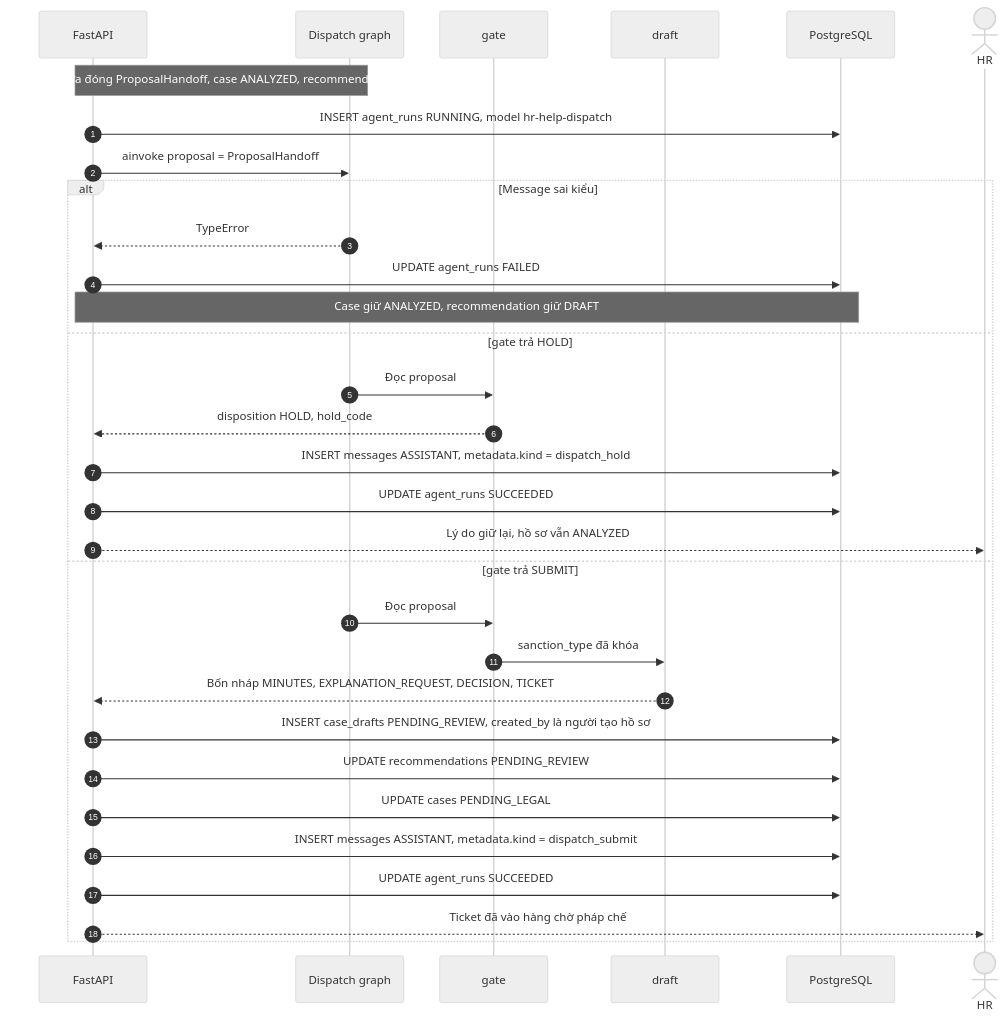
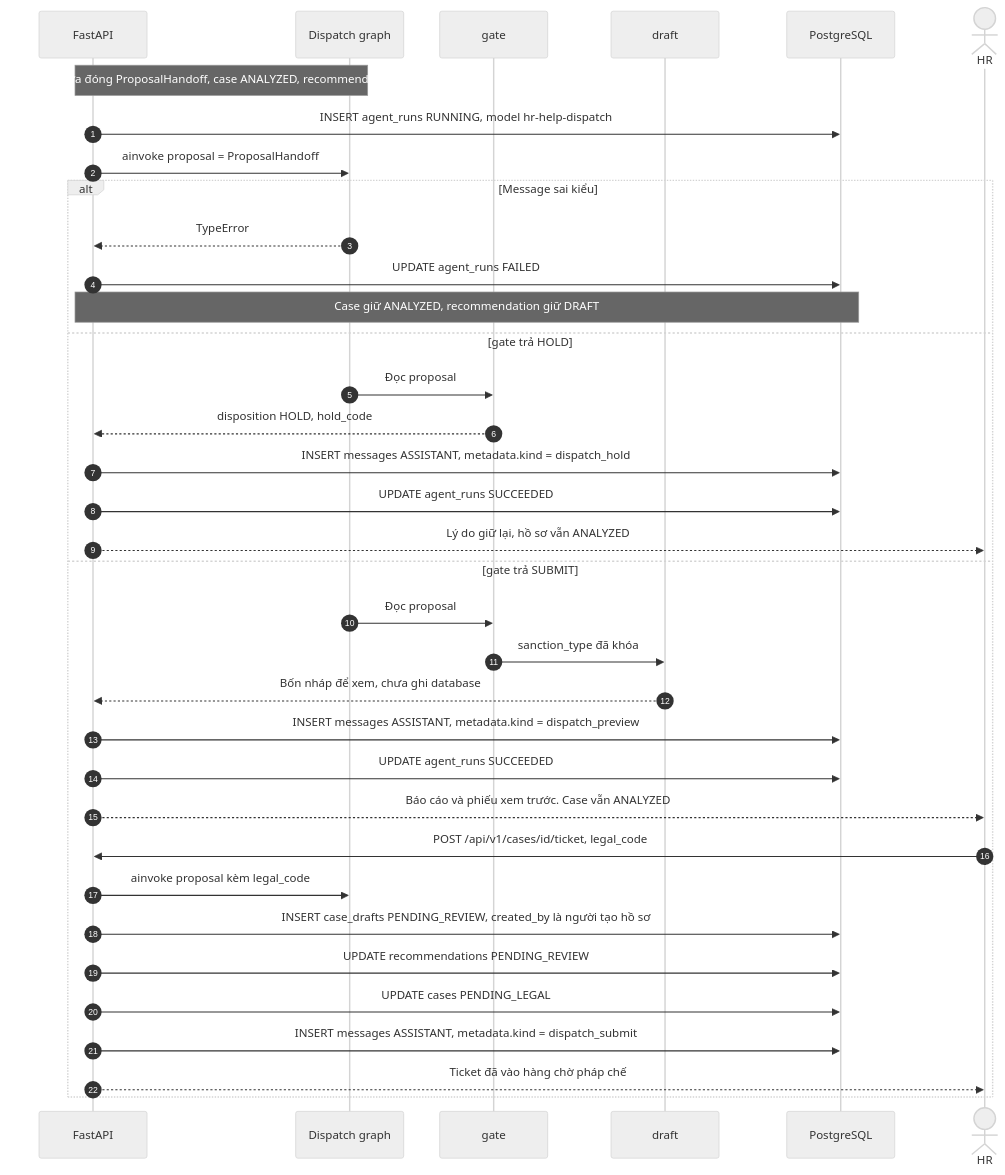
Before and after one commit to Tuan-Nguyen-Minhh/HRHelp: the ninth of 15 diagrams in docs/features/features.md, drawn with Mermaid (neutral theme). The commit also changed other lines of this file and 210 other files, not shown here.

Commit message:
feat(schema): Add new models for message handling and recidivism tracking

````diff
--- a/docs/features/features.md
+++ b/docs/features/features.md
@@ -549,35 +569,39 @@
 ```mermaid
 sequenceDiagram
     autonumber
     participant API as FastAPI
     participant DG as Dispatch graph
     participant GT as gate
     participant DR as draft
     participant DB as PostgreSQL
     actor HR as HR
 
     Note over API,DG: Feature 6 vừa đóng ProposalHandoff, case ANALYZED, recommendation DRAFT
     API->>DB: INSERT agent_runs RUNNING, model hr-help-dispatch
     API->>DG: ainvoke proposal = ProposalHandoff
     alt Message sai kiểu
         DG-->>API: TypeError
         API->>DB: UPDATE agent_runs FAILED
         Note over API,DB: Case giữ ANALYZED, recommendation giữ DRAFT
     else gate trả HOLD
         DG->>GT: Đọc proposal
         GT-->>API: disposition HOLD, hold_code
         API->>DB: INSERT messages ASSISTANT, metadata.kind = dispatch_hold
         API->>DB: UPDATE agent_runs SUCCEEDED
         API-->>HR: Lý do giữ lại, hồ sơ vẫn ANALYZED
     else gate trả SUBMIT
         DG->>GT: Đọc proposal
         GT->>DR: sanction_type đã khóa
-        DR-->>API: Bốn nháp MINUTES, EXPLANATION_REQUEST, DECISION, TICKET
+        DR-->>API: Bốn nháp để xem, chưa ghi database
+        API->>DB: INSERT messages ASSISTANT, metadata.kind = dispatch_preview
+        API->>DB: UPDATE agent_runs SUCCEEDED
+        API-->>HR: Báo cáo và phiếu xem trước. Case vẫn ANALYZED
+        HR->>API: POST /api/v1/cases/id/ticket, legal_code
+        API->>DG: ainvoke proposal kèm legal_code
         API->>DB: INSERT case_drafts PENDING_REVIEW, created_by là người tạo hồ sơ
         API->>DB: UPDATE recommendations PENDING_REVIEW
         API->>DB: UPDATE cases PENDING_LEGAL
         API->>DB: INSERT messages ASSISTANT, metadata.kind = dispatch_submit
-        API->>DB: UPDATE agent_runs SUCCEEDED
         API-->>HR: Ticket đã vào hàng chờ pháp chế
     end
 ```
````
